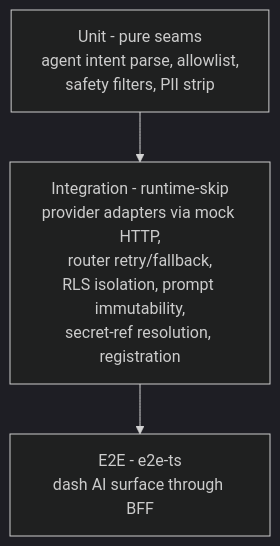
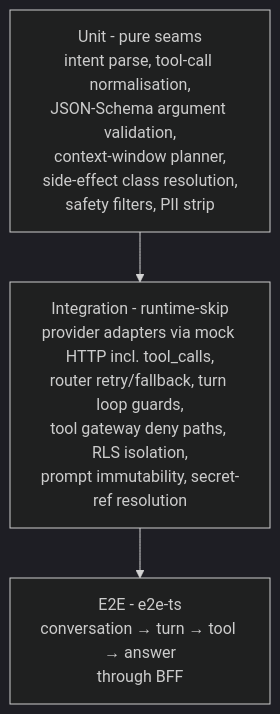
Diagram 16 of 16 in DESIGN.md (Sentin8/sentin8-ai), drawn with Mermaid (dark theme) before and after one commit. The commit also changed other lines of this file and 23 other files, not shown here.

First line of the commit message:
agent plane: multi-turn conversations, tool gateway, bounded turn loop

````diff
--- a/DESIGN.md
+++ b/DESIGN.md
@@ -366,7 +900,7 @@
 ```mermaid
 graph TD
-    U[Unit - pure seams<br/>agent intent parse, allowlist,<br/>safety filters, PII strip]
-    I[Integration - runtime-skip<br/>provider adapters via mock HTTP,<br/>router retry/fallback,<br/>RLS isolation, prompt immutability,<br/>secret-ref resolution, registration]
-    E[E2E - e2e-ts<br/>dash AI surface through BFF]
+    U[Unit - pure seams<br/>intent parse, tool-call normalisation,<br/>JSON-Schema argument validation,<br/>context-window planner,<br/>side-effect class resolution,<br/>safety filters, PII strip]
+    I[Integration - runtime-skip<br/>provider adapters via mock HTTP incl. tool_calls,<br/>router retry/fallback, turn loop guards,<br/>tool gateway deny paths, RLS isolation,<br/>prompt immutability, secret-ref resolution]
+    E[E2E - e2e-ts<br/>conversation → turn → tool → answer<br/>through BFF]
     U --> I --> E
 ```
````
